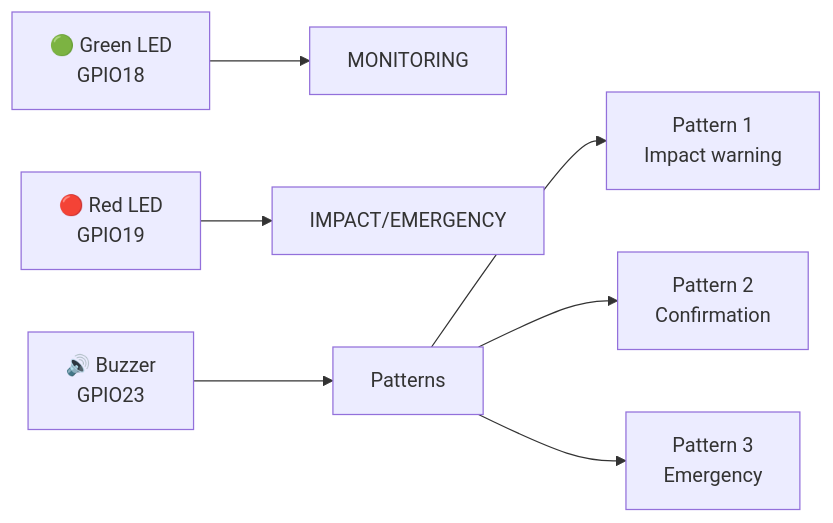
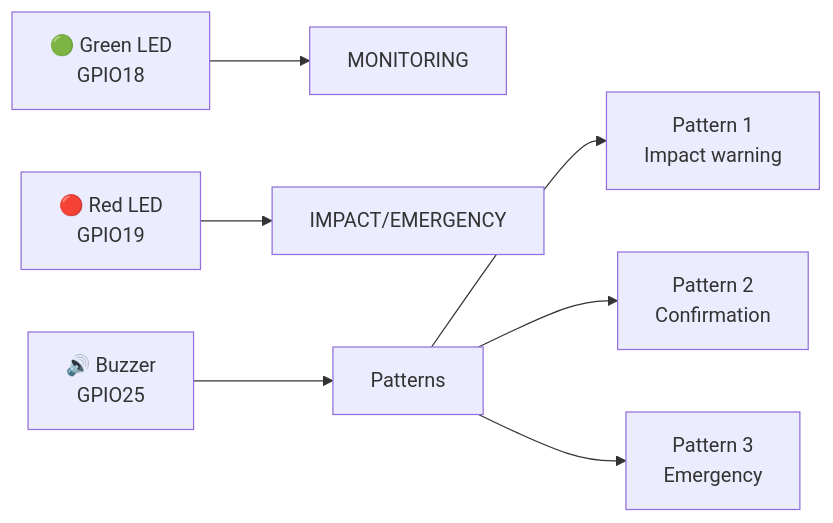
Before and after one commit to qppd/smart-vehicle-impact-detection-device: the fourth of 5 diagrams in docs/STACKS.md, drawn with Mermaid. The commit also changed other lines of this file and 10 other files, not shown here.

````diff
--- a/docs/STACKS.md
+++ b/docs/STACKS.md
@@ -266,10 +266,10 @@
 ```mermaid
 graph LR
     GREEN["🟢 Green LED<br/>GPIO18"] --> MONITOR["MONITORING"]
     RED["🔴 Red LED<br/>GPIO19"] --> IMPACT["IMPACT/EMERGENCY"]
-    BUZZ["🔊 Buzzer<br/>GPIO23"] --> PATTERN["Patterns"]
+    BUZZ["🔊 Buzzer<br/>GPIO25"] --> PATTERN["Patterns"]
 
     PATTERN --> P1["Pattern 1<br/>Impact warning"]
     PATTERN --> P2["Pattern 2<br/>Confirmation"]
     PATTERN --> P3["Pattern 3<br/>Emergency"]
 ```
````
